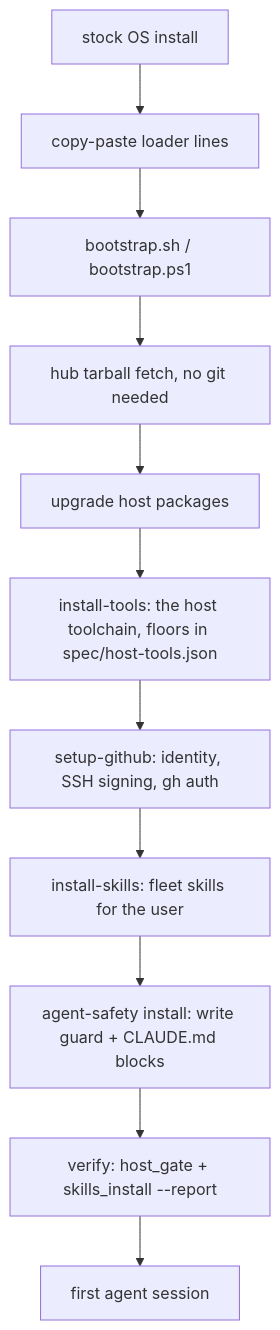
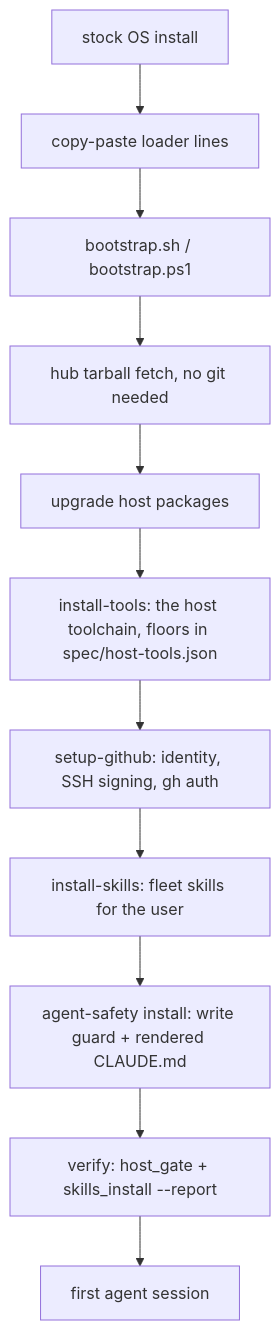
One commit to ptr727/ProjectTemplate changed the second of 5 diagrams in docs/fleet-map.md. Above: the diagram before and after it, drawn with Mermaid. The commit also changed 8 other files, not shown here.

````diff
--- a/docs/fleet-map.md
+++ b/docs/fleet-map.md
@@ -69,13 +69,13 @@
 ```mermaid
 flowchart TD
   os["stock OS install"] --> paste["copy-paste loader lines"]
   paste --> boot["bootstrap.sh / bootstrap.ps1"]
   boot --> fetch["hub tarball fetch, no git needed"]
   fetch --> upgrade["upgrade host packages"]
   upgrade --> tools["install-tools: the host toolchain, floors in spec/host-tools.json"]
   tools --> github["setup-github: identity, SSH signing, gh auth"]
   github --> skillsinstall["install-skills: fleet skills for the user"]
-  skillsinstall --> safety["agent-safety install: write guard + CLAUDE.md blocks"]
+  skillsinstall --> safety["agent-safety install: write guard + rendered CLAUDE.md"]
   safety --> verify["verify: host_gate + skills_install --report"]
   verify --> session["first agent session"]
 ```
````
